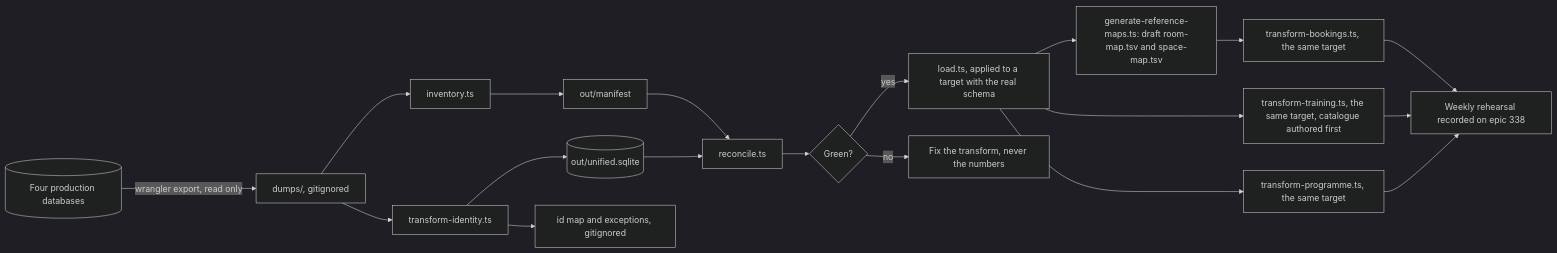
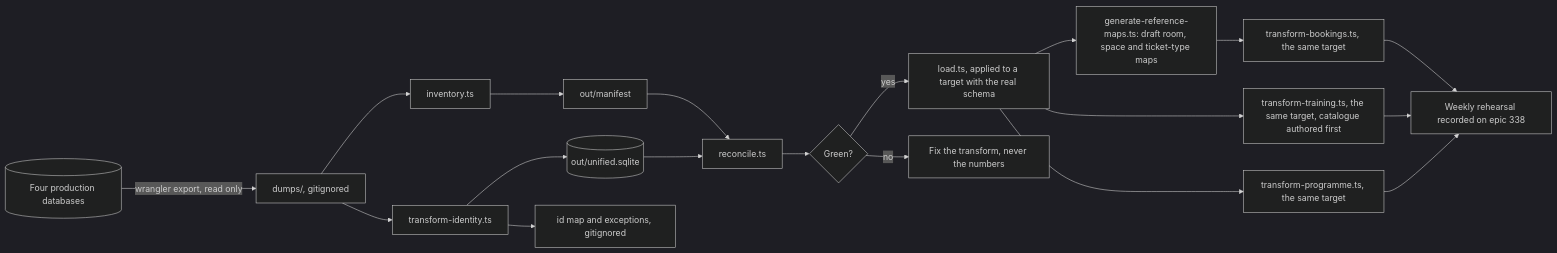
Before and after one commit to newtheatre/proscenium: the diagram in migration/README.md, drawn with Mermaid (dark theme). The commit also changed other lines of this file and 2 other files, not shown here.

First line of the commit message:
Extend generate-reference-maps.ts to draft ticket-type-map.tsv

````diff
--- a/migration/README.md
+++ b/migration/README.md
@@ -14,20 +14,20 @@
 ```mermaid
 flowchart LR
   P[(Four production databases)] -- wrangler export, read only --> D[dumps/, gitignored]
   D --> I[inventory.ts] --> M[out/manifest]
   D --> T[transform-identity.ts]
   T --> U[(out/unified.sqlite)]
   T --> X[id map and exceptions, gitignored]
   M --> R[reconcile.ts]
   U --> R
   R --> G{Green?}
   G -- yes --> L[load.ts, applied to a target with the real schema]
-  L --> GRM[generate-reference-maps.ts: draft room-map.tsv and space-map.tsv]
+  L --> GRM[generate-reference-maps.ts: draft room, space and ticket-type maps]
   GRM --> B[transform-bookings.ts, the same target]
   L --> TR[transform-training.ts, the same target, catalogue authored first]
   L --> N[transform-programme.ts, the same target]
   B --> W[Weekly rehearsal recorded on epic 338]
   TR --> W
   N --> W
   G -- no --> F[Fix the transform, never the numbers]
 ```
````
